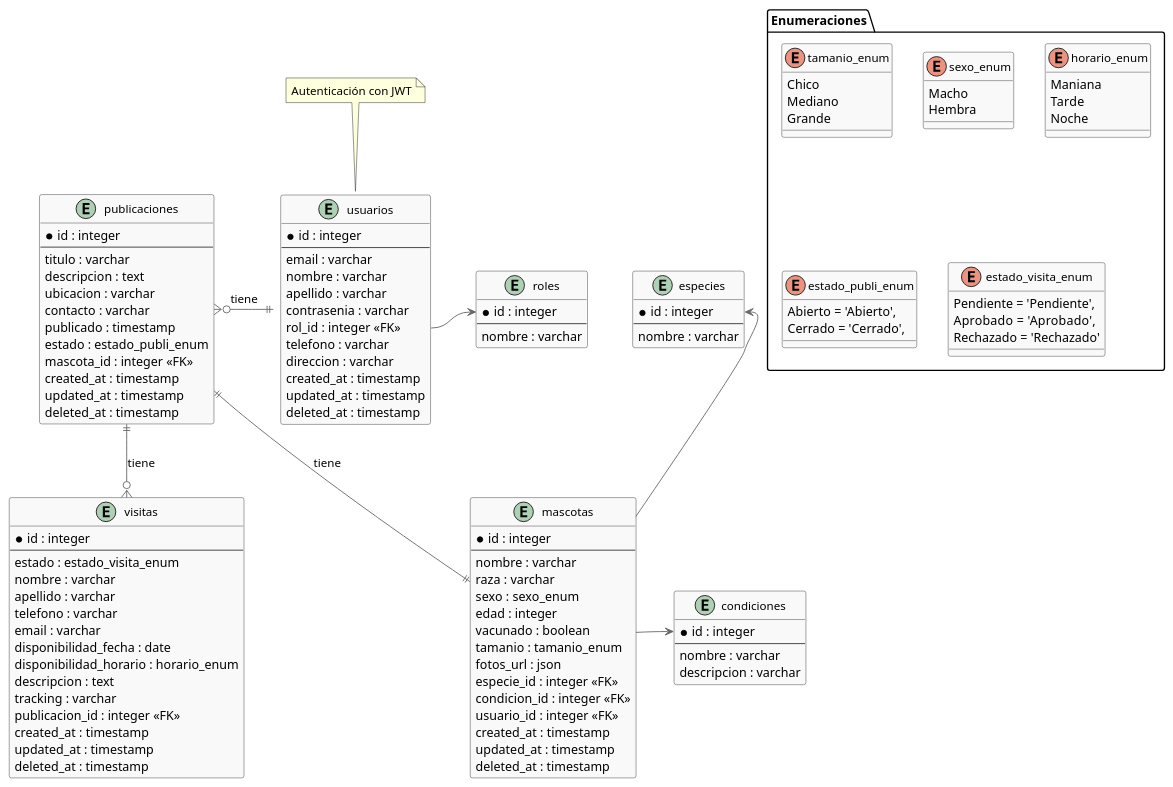
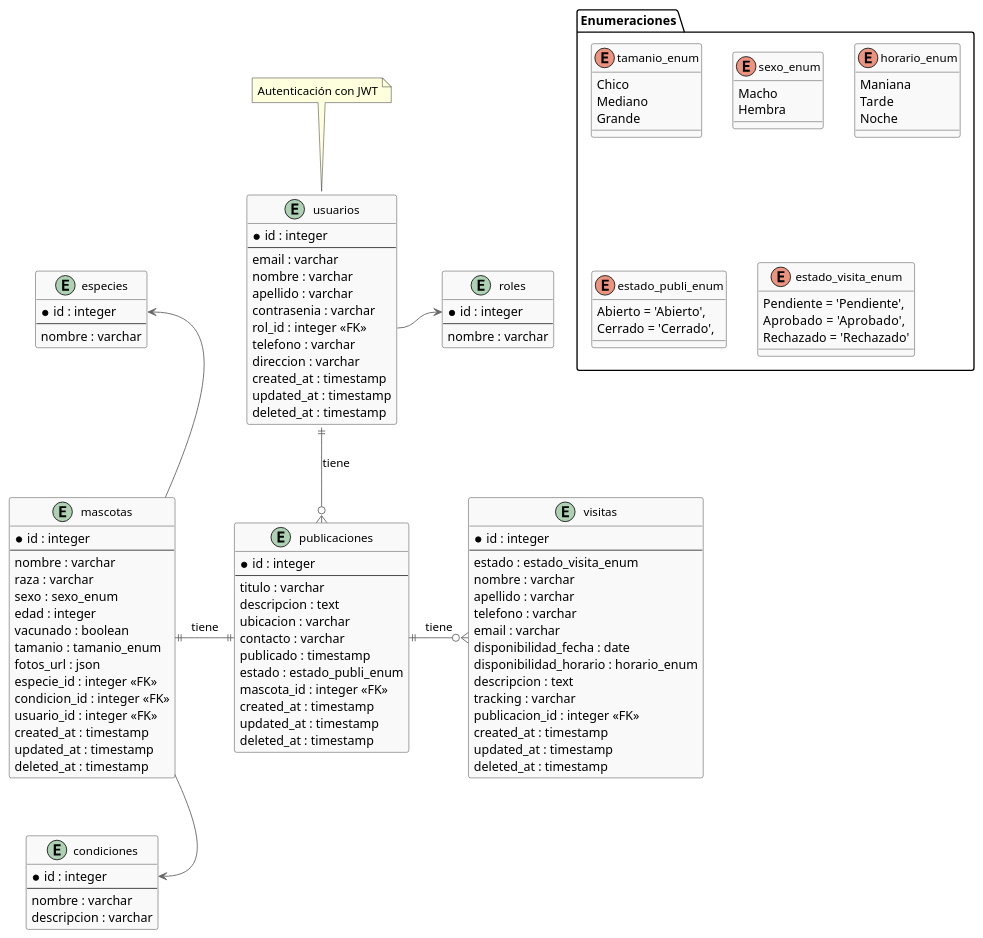
Before and after one commit to fedef1982/2025-TUP-Prog3-TP-Grupo2: the diagram in documentacion/diagramas/diagram_er.puml, drawn with PlantUML.

```diff
--- a/documentacion/diagramas/diagram_er.puml
+++ b/documentacion/diagramas/diagram_er.puml
@@ -1,148 +1,148 @@
 @startuml diagrama ER AdpotAR
 
 ' Configuración 
 
 skinparam class {
     BackgroundColor #f9f9f9
     BorderColor #333333
     ArrowColor #666666
     FontSize 13
     Linetype ortho
 }
 
 entity mascotas {
   * id : integer
   --
   nombre : varchar
   raza : varchar
   sexo : sexo_enum
   edad : integer
   vacunado : boolean
   tamanio : tamanio_enum
   fotos_url : json
   especie_id : integer <<FK>>
   condicion_id : integer <<FK>>
   usuario_id : integer <<FK>>
   created_at : timestamp
   updated_at : timestamp
   deleted_at : timestamp
 }
 
 entity publicaciones {
   * id : integer
   --
   titulo : varchar
   descripcion : text
   ubicacion : varchar
   contacto : varchar
   publicado : timestamp
   estado : estado_publi_enum
   mascota_id : integer <<FK>>
   created_at : timestamp
   updated_at : timestamp
   deleted_at : timestamp
 }
 
 entity usuarios {
   * id : integer
   --
   email : varchar
   nombre : varchar
   apellido : varchar
   contrasenia : varchar
   rol_id : integer <<FK>>
   telefono : varchar
   direccion : varchar
   created_at : timestamp
   updated_at : timestamp
   deleted_at : timestamp
 }
 
 entity visitas {
   * id : integer
   --
   estado : estado_visita_enum
   nombre : varchar
   apellido : varchar
   telefono : varchar
   email : varchar
   disponibilidad_fecha : date
   disponibilidad_horario : horario_enum
   descripcion : text
   tracking : varchar
   publicacion_id : integer <<FK>>
   created_at : timestamp
   updated_at : timestamp
   deleted_at : timestamp
 }
 
 entity condiciones {
   * id : integer
   --
   nombre : varchar
   descripcion : varchar
 }
 
 entity especies {
   * id : integer
   --
   nombre : varchar
 }
 
 entity roles {
   * id : integer
   --
   nombre : varchar
 }
 
 ' Relaciones
 mascotas -up-> especies::id
-mascotas -right-> condiciones::id
+mascotas -down-> condiciones::id
 'mascotas::usuario_id --> usuarios::id
 
 'publicaciones::mascota_id --> mascotas::id
 
 usuarios::rol_id -right-> roles::id
 
 'visitas::publicacion_id --> publicaciones::id
 
-usuarios ||-l-o{ publicaciones : tiene
-publicaciones ||--|| mascotas : tiene
-publicaciones ||--o{ visitas : tiene
+usuarios ||--o{ publicaciones : tiene
+publicaciones ||-l-|| mascotas : tiene
+publicaciones ||-r-o{ visitas : tiene
 
 ' Notas
 note top of usuarios
 Autenticación con JWT
 end note
 
 ' Enums
 package "Enumeraciones" {
     enum tamanio_enum {
     Chico
     Mediano
     Grande
     }
 
     enum sexo_enum {
     Macho
     Hembra
     }
 
     enum horario_enum {
     Maniana
     Tarde
     Noche
     }
 
     enum estado_publi_enum {
     Abierto = 'Abierto',
     Cerrado = 'Cerrado',
     }
 
     enum estado_visita_enum {
         Pendiente = 'Pendiente',
         Aprobado  = 'Aprobado',
         Rechazado = 'Rechazado'
     }
 }
 @enduml
```
